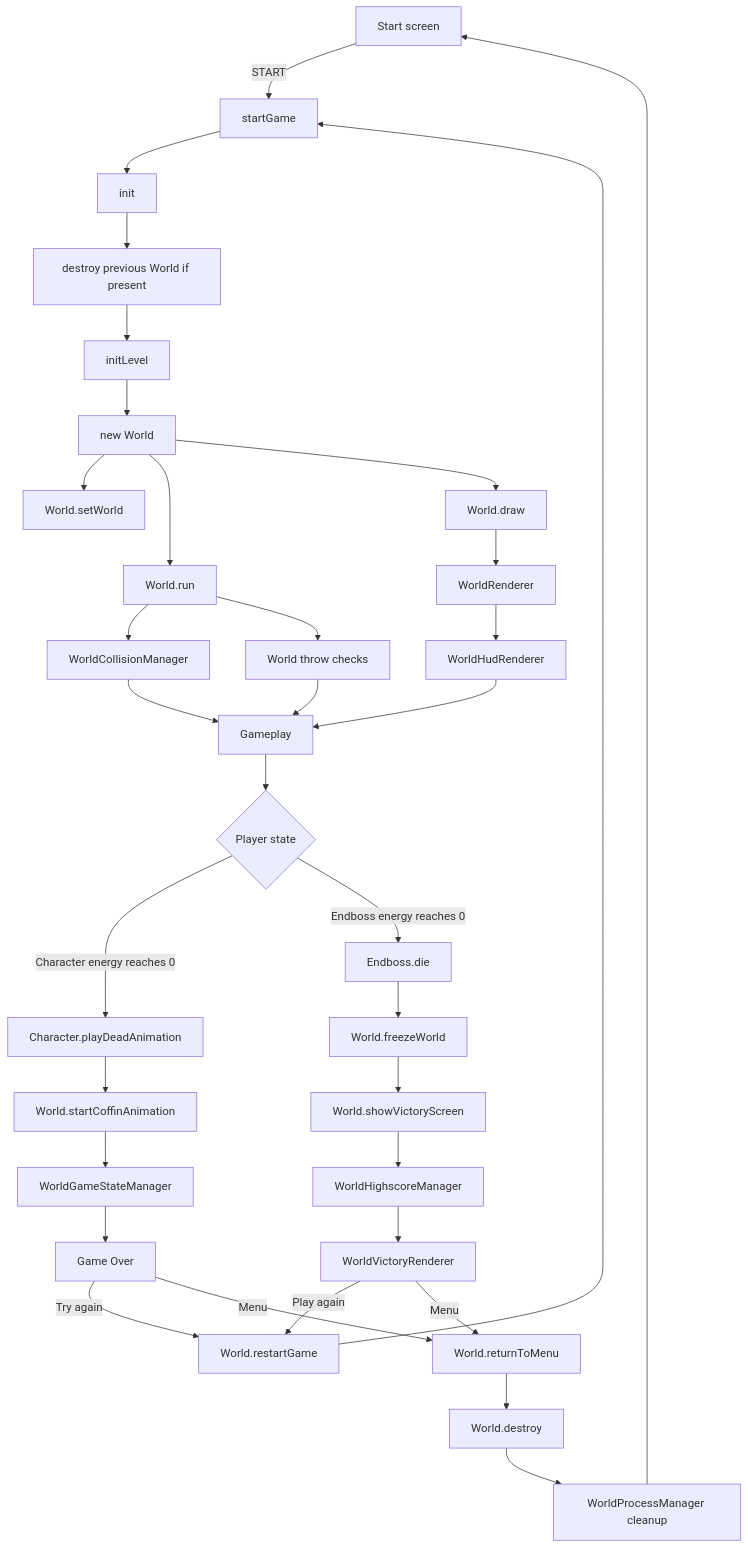
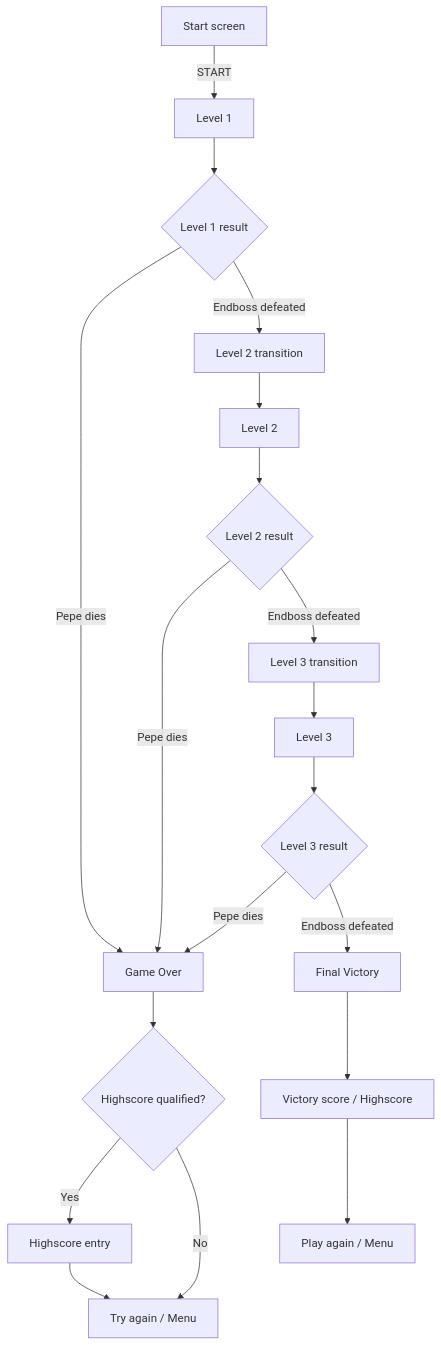
One commit to Juergen-Malinowski/modul-12-el-pollo-loco changed the diagram in README.md. Above: the diagram before and after it, drawn with Mermaid. The commit also changed other lines of this file, not shown here.

First line of the commit message:
DOCS: Update README for current three-level gameplay

````diff
--- a/README.md
+++ b/README.md
@@ -11,45 +11,25 @@
 ```mermaid
 flowchart TD
-    A[Start screen] -->|START| B[startGame]
-    B --> C[init]
-    C --> D[destroy previous World if present]
-    D --> E[initLevel]
-    E --> F[new World]
+    A[Start screen] -->|START| B[Level 1]
+    B --> C{Level 1 result}
+    C -->|Pepe dies| G[Game Over]
+    C -->|Endboss defeated| D[Level 2 transition]
 
-    F --> G[World.setWorld]
-    F --> H[World.run]
-    F --> I[World.draw]
+    D --> E[Level 2]
+    E --> F{Level 2 result}
+    F -->|Pepe dies| G
+    F -->|Endboss defeated| H[Level 3 transition]
 
-    H --> J[WorldCollisionManager]
-    H --> K[World throw checks]
+    H --> I[Level 3]
+    I --> J{Level 3 result}
+    J -->|Pepe dies| G
+    J -->|Endboss defeated| K[Final Victory]
 
-    I --> L[WorldRenderer]
-    L --> M[WorldHudRenderer]
-
-    J --> N[Gameplay]
-    K --> N
+    G --> L{Highscore qualified?}
+    L -->|Yes| M[Highscore entry]
+    L -->|No| N[Try again / Menu]
     M --> N
 
-    N --> O{Player state}
-
-    O -->|Character energy reaches 0| P[Character.playDeadAnimation]
-    P --> Q[World.startCoffinAnimation]
-    Q --> R[WorldGameStateManager]
-    R --> S[Game Over]
-    S -->|Try again| T[World.restartGame]
-    S -->|Menu| U[World.returnToMenu]
-
-    O -->|Endboss energy reaches 0| V[Endboss.die]
-    V --> W[World.freezeWorld]
-    W --> X[World.showVictoryScreen]
-    X --> Y[WorldHighscoreManager]
-    Y --> Z[WorldVictoryRenderer]
-    Z -->|Play again| T
-    Z -->|Menu| U
-
-    T --> B
-
-    U --> AA[World.destroy]
-    AA --> AB[WorldProcessManager cleanup]
-    AB --> A
+    K --> O[Victory score / Highscore]
+    O --> P[Play again / Menu]
 ```
````
